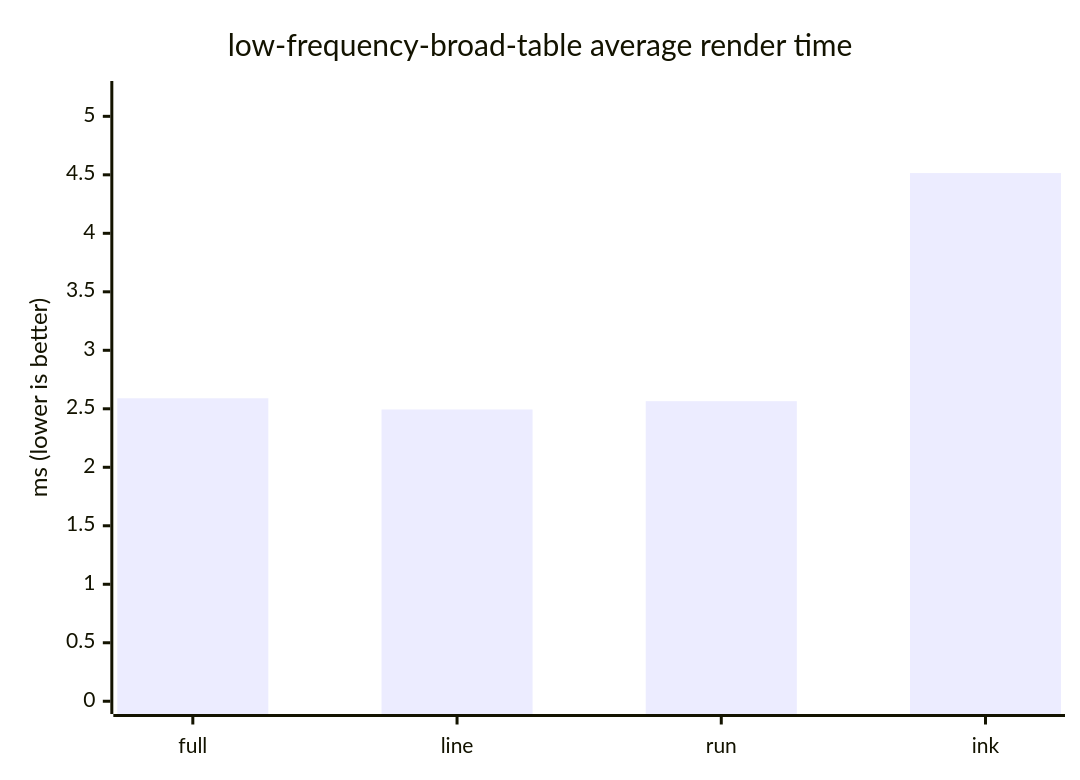
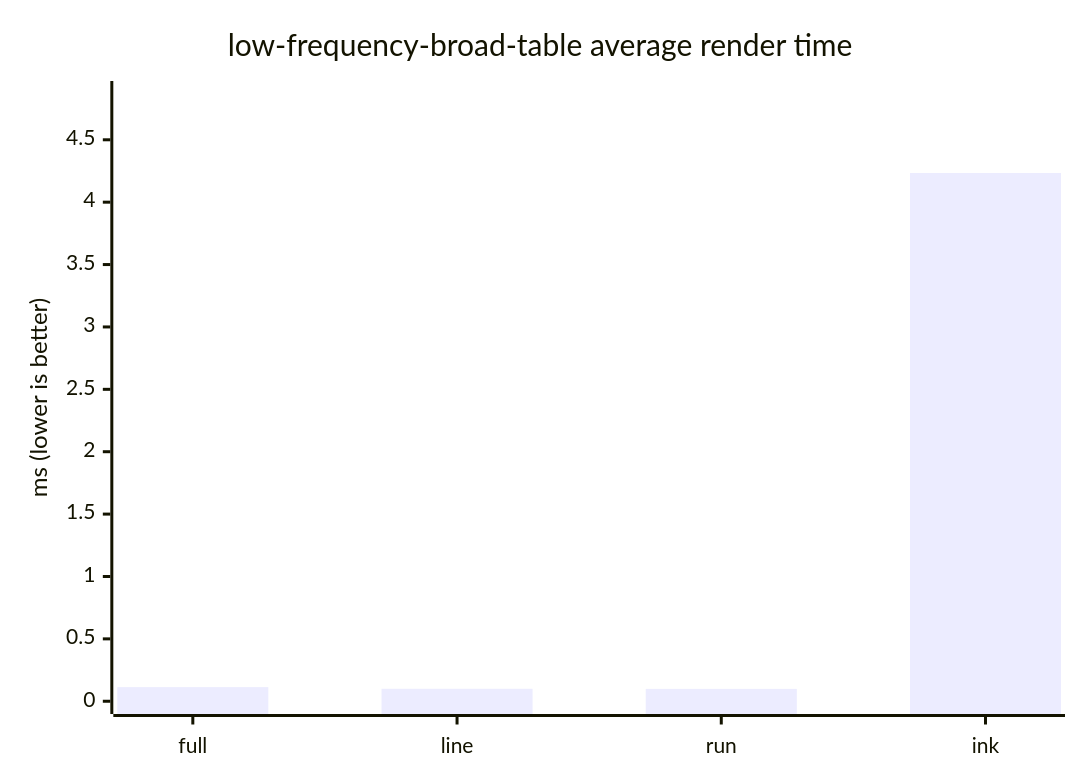
The fifth of 10 diagrams in docs/benchmark.md (ByteLandTechnology/tinky), drawn with Mermaid before and after one commit. The commit also changed other lines of this file and 15 other files, not shown here.

````diff
--- a/docs/benchmark.md
+++ b/docs/benchmark.md
@@ -106,7 +106,7 @@
 ```mermaid
 xychart-beta
     title "low-frequency-broad-table average render time"
     x-axis ["full", "line", "run", "ink"]
-    y-axis "ms (lower is better)" 0 --> 5.193
-    bar [2.59, 2.494, 2.565, 4.515]
+    y-axis "ms (lower is better)" 0 --> 4.869
+    bar [0.113, 0.1, 0.099, 4.234]
 ```
````
